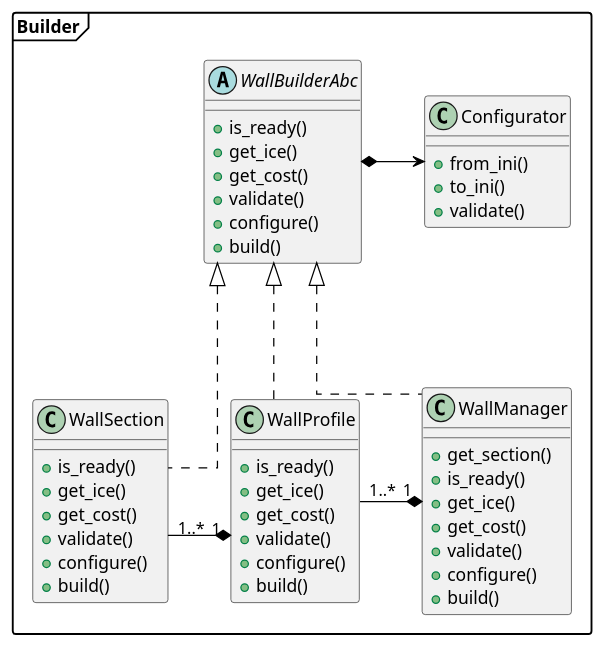
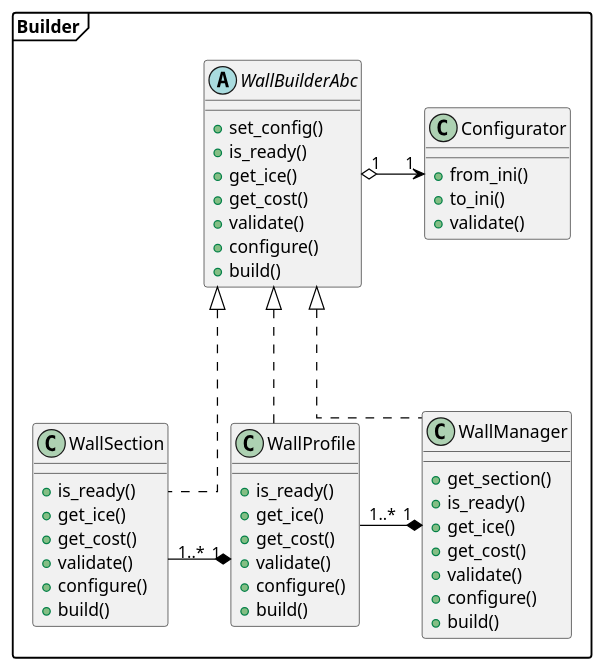
Before and after one commit to braboj/the-great-wall: the diagram in docs/assets/plantuml/C4_L4_composite.puml, drawn with PlantUML. The commit also changed 1 other file, not shown here.

Commit message:
(#15) - Update the manager module to match the UML diagrams

```diff
--- a/docs/assets/plantuml/C4_L4_composite.puml
+++ b/docs/assets/plantuml/C4_L4_composite.puml
@@ -1,68 +1,69 @@
 @startuml
 'https://plantuml.com/class-diagram
 
 skinparam {
     PackageStyle Frame
     ArrowColor #000000
     BackgroundColor #ffffff
     BorderColor #b0b0b0
     linetype polyline
     linetype ortho
     nodesep 50
     ranksep 100
 }
 
 package "Builder" {
     abstract WallBuilderAbc{
+        +set_config()
         +is_ready()
         +get_ice()
         +get_cost()
         +validate()
         +configure()
         +build()
     }
 
     class WallManager{
         +get_section()
         +is_ready()
         +get_ice()
         +get_cost()
         +validate()
         +configure()
         +build()
     }
 
     class WallSection{
         +is_ready()
         +get_ice()
         +get_cost()
         +validate()
         +configure()
         +build()
     }
 
     class WallProfile{
         +is_ready()
         +get_ice()
         +get_cost()
         +validate()
         +configure()
         +build()
     }
 
     class Configurator{
         +from_ini()
         +to_ini()
         +validate()
     }
 }
 
 WallBuilderAbc <|.. WallSection
 WallBuilderAbc <|.. WallManager
 WallBuilderAbc <|.. WallProfile
 
-WallBuilderAbc *-right-> Configurator
+WallBuilderAbc "1" o-right-> "1" Configurator
 WallManager "1" *-left- "1..*" WallProfile
 WallProfile "1" *-left- "1..*" WallSection
 
 @enduml
```
